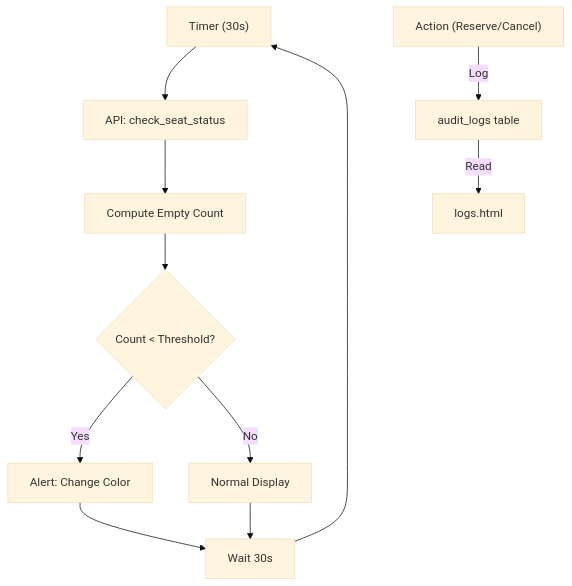
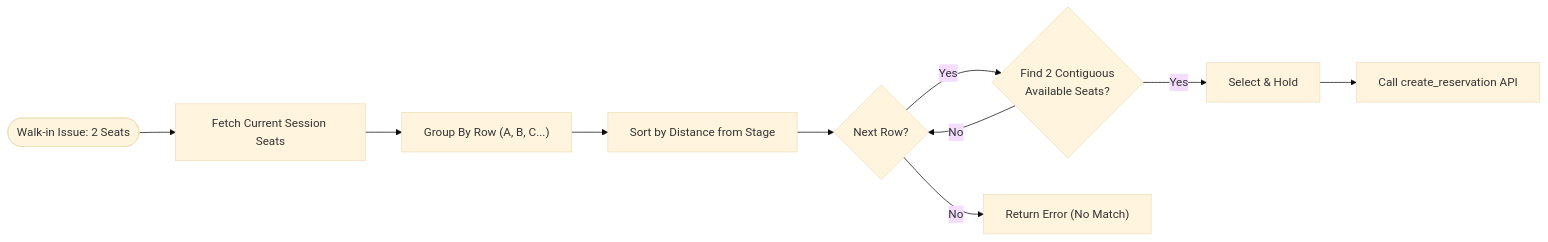
One commit to J105588/tickets-new changed the fifth of 6 diagrams in README.md. Above: the diagram before and after it, drawn with Mermaid (base theme). The commit also changed other lines of this file, not shown here.

````diff
--- a/README.md
+++ b/README.md
@@ -744,12 +375,14 @@
 ```mermaid
-graph TD
-    A["Timer (30s)"] --> B["API: check_seat_status"]
-    B --> C[Compute Empty Count]
-    C --> D{Count < Threshold?}
-    D -- Yes --> E[Alert: Change Color]
-    D -- No --> F[Normal Display]
-    E & F --> G[Wait 30s] --> A
-        
-    H["Action (Reserve/Cancel)"] -->|Log| I[audit_logs table]
-    I -->|Read| J[logs.html]
+flowchart LR
+    Start([Walk-in Issue: 2 Seats]) --> Fetch[Fetch Current Session Seats]
+    Fetch --> Group["Group By Row (A, B, C...)"]
+    Group --> Sort[Sort by Distance from Stage]
+    Sort --> IterR{"Next Row?"}
+    
+    IterR -- Yes --> IterS{"Find 2 Contiguous\nAvailable Seats?"}
+    IterS -- No --> IterR
+    IterS -- Yes --> Select[Select & Hold]
+    
+    Select --> Commit[Call create_reservation API]
+    IterR -- No --> Fail["Return Error (No Match)"]
 ```
````
